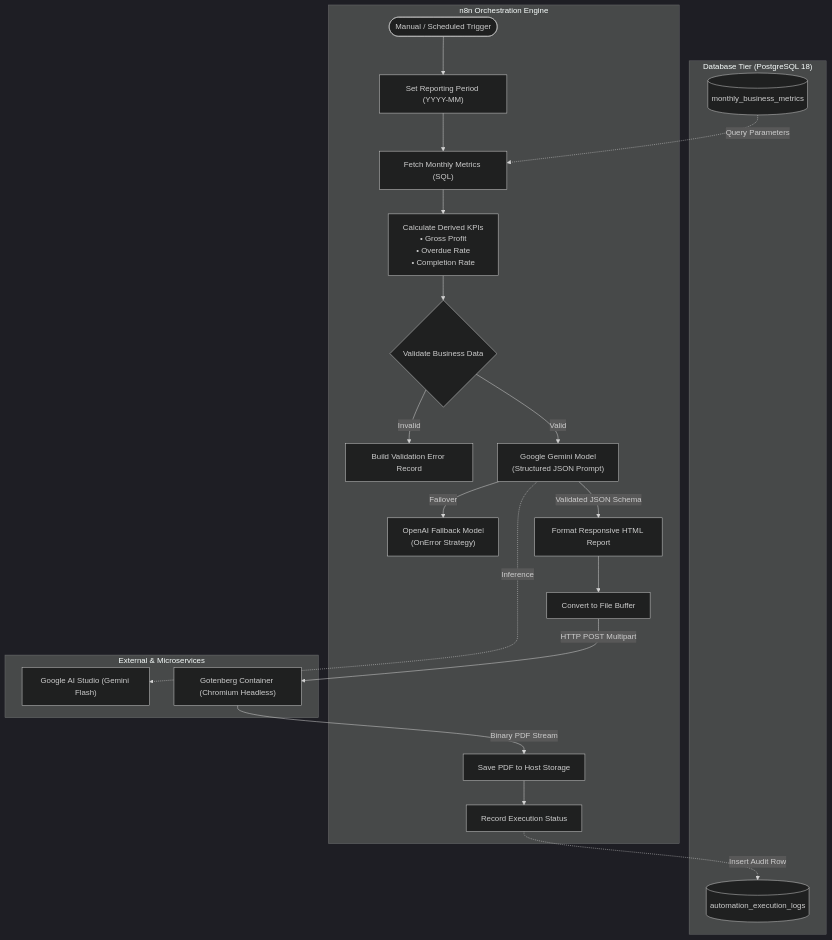
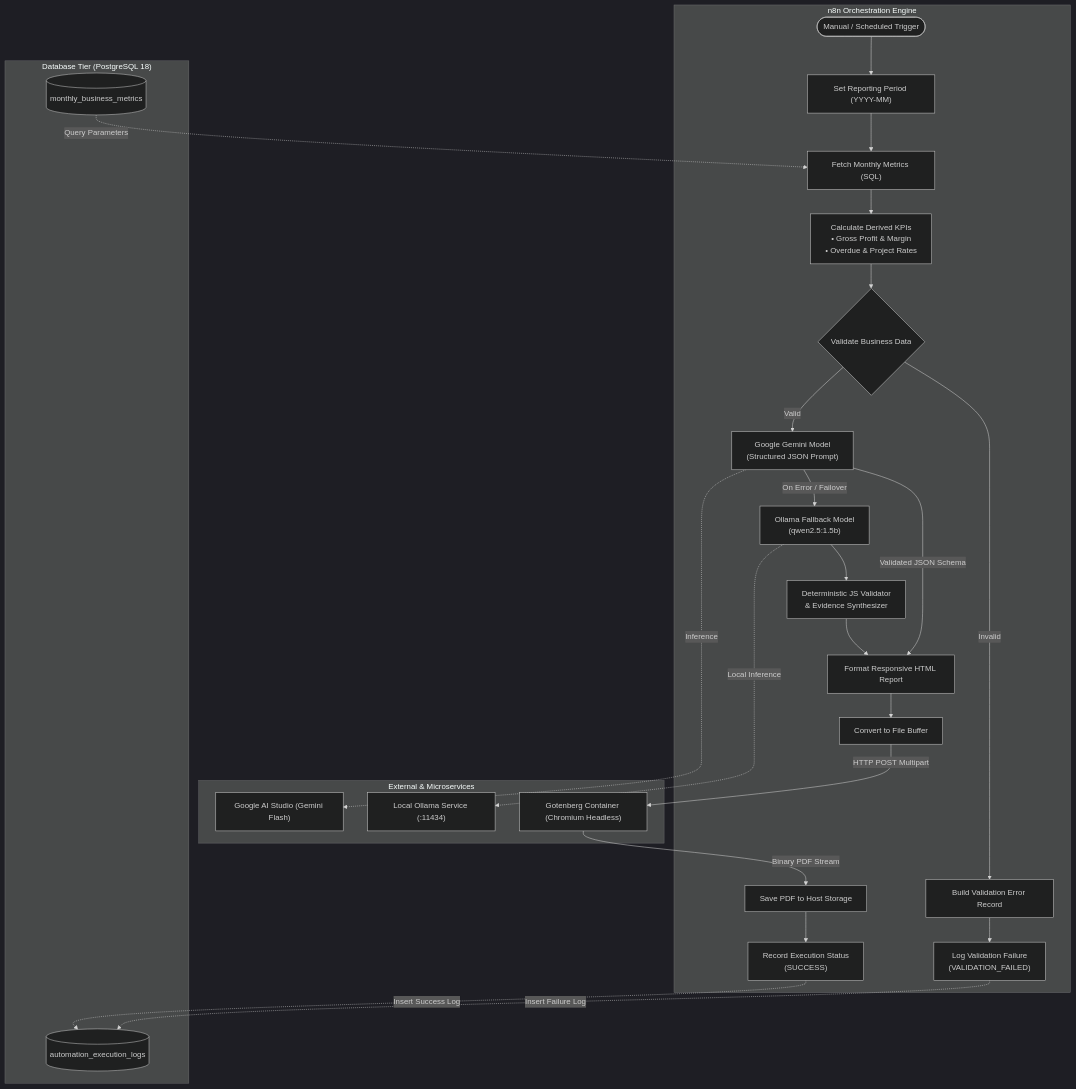
One commit to rabiimallek/omniflow-ai changed the diagram in README.md. Above: the diagram before and after it, drawn with Mermaid (dark theme). The commit also changed other lines of this file and 6 other files, not shown here.

Commit message:
feat: integrate Ollama local fallback, deterministic validation, and validation failure auditing

````diff
--- a/README.md
+++ b/README.md
@@ -24,47 +24,58 @@
 ```mermaid
 flowchart TD
     subgraph Storage ["Database Tier (PostgreSQL 18)"]
         MetricsTable[("monthly_business_metrics")]
         LogsTable[("automation_execution_logs")]
     end
 
     subgraph Pipeline ["n8n Orchestration Engine"]
         Trigger(["Manual / Scheduled Trigger"])
         Params["Set Reporting Period (YYYY-MM)"]
         Query["Fetch Monthly Metrics (SQL)"]
-        Calc["Calculate Derived KPIs<br/>• Gross Profit<br/>• Overdue Rate<br/>• Completion Rate"]
+        Calc["Calculate Derived KPIs<br/>• Gross Profit & Margin<br/>• Overdue & Project Rates"]
         Guard{"Validate Business Data"}
         FailState["Build Validation Error Record"]
+        LogFail["Log Validation Failure<br/>(VALIDATION_FAILED)"]
         
         LLM["Google Gemini Model<br/>(Structured JSON Prompt)"]
-        FallbackLLM["OpenAI Fallback Model<br/>(OnError Strategy)"]
+        OllamaLLM["Ollama Fallback Model<br/>(qwen2.5:1.5b)"]
+        DeterministicGen["Deterministic JS Validator<br/>& Evidence Synthesizer"]
+        
         HTMLGen["Format Responsive HTML Report"]
         BinaryFile["Convert to File Buffer"]
         SaveDisk["Save PDF to Host Storage"]
-        LogSuccess["Record Execution Status"]
+        LogSuccess["Record Execution Status<br/>(SUCCESS)"]
     end
 
     subgraph Services ["External & Microservices"]
         GeminiAPI["Google AI Studio (Gemini Flash)"]
+        LocalOllama["Local Ollama Service (:11434)"]
         Gotenberg["Gotenberg Container (Chromium Headless)"]
     end
 
     Trigger --> Params
     Params --> Query
     MetricsTable -.->|Query Parameters| Query
     Query --> Calc
     Calc --> Guard
     
     Guard -->|Invalid| FailState
+    FailState --> LogFail
+    LogFail -.->|Insert Failure Log| LogsTable
+    
     Guard -->|Valid| LLM
 
     LLM -.->|Inference| GeminiAPI
-    LLM -->|Failover| FallbackLLM
     LLM -->|Validated JSON Schema| HTMLGen
+
+    LLM -->|On Error / Failover| OllamaLLM
+    OllamaLLM -.->|Local Inference| LocalOllama
+    OllamaLLM --> DeterministicGen
+    DeterministicGen --> HTMLGen
 
     HTMLGen --> BinaryFile
     BinaryFile -->|HTTP POST Multipart| Gotenberg
     Gotenberg -->|Binary PDF Stream| SaveDisk
     SaveDisk --> LogSuccess
-    LogSuccess -.->|Insert Audit Row| LogsTable
+    LogSuccess -.->|Insert Success Log| LogsTable
 ```
````
